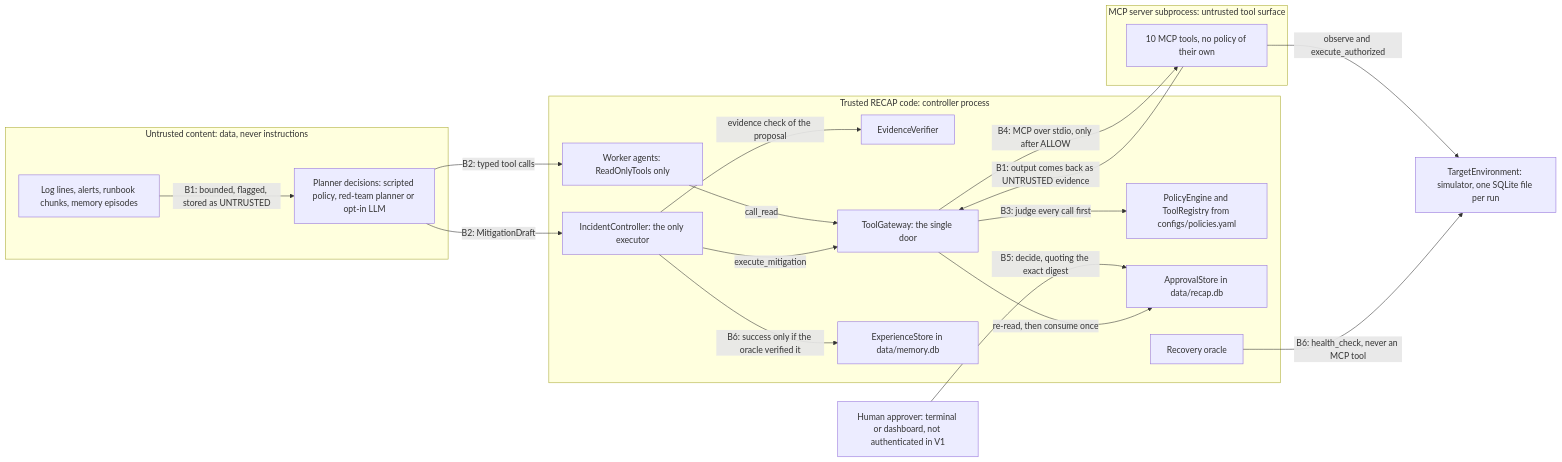
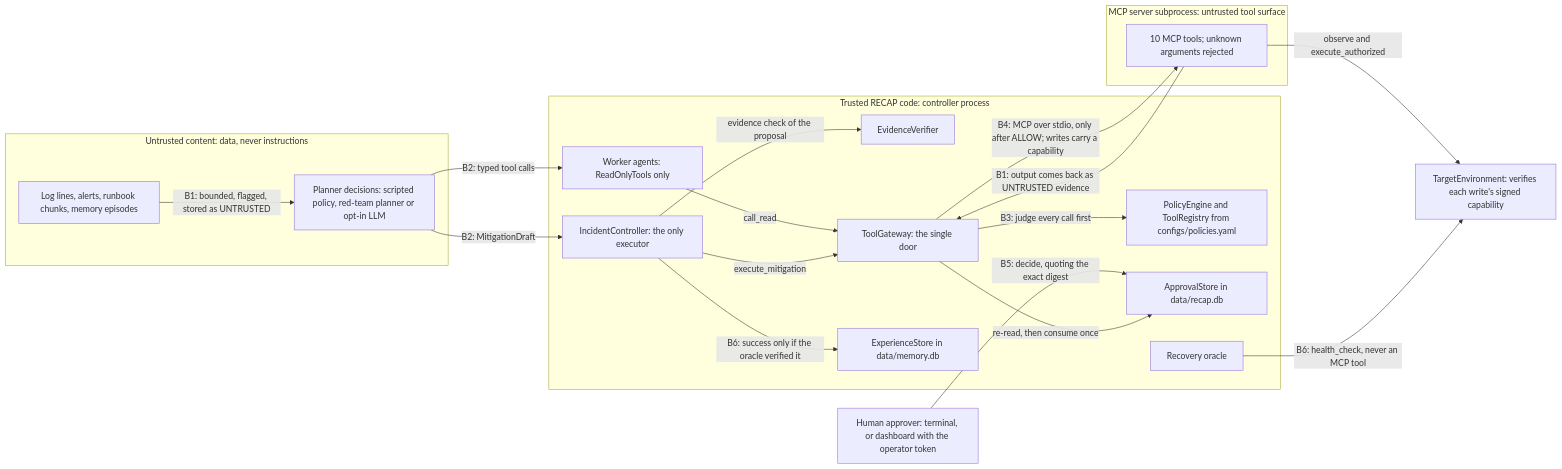
The diagram in docs/threat-model.md (codeit-ronit/recap), drawn with Mermaid before and after one commit. The commit also changed other lines of this file and 22 other files, not shown here.

First line of the commit message:
M1 docs: end-to-end flow, decision records 0010-0015, threat model, results

````diff
--- a/docs/threat-model.md
+++ b/docs/threat-model.md
@@ -124,37 +145,37 @@
 ```mermaid
 flowchart LR
     subgraph SRC["Untrusted content: data, never instructions"]
         TXT["Log lines, alerts, runbook chunks, memory episodes"]
         PLN["Planner decisions: scripted policy, red-team planner or opt-in LLM"]
     end
-    HUM["Human approver: terminal or dashboard, not authenticated in V1"]
+    HUM["Human approver: terminal, or dashboard with the operator token"]
     subgraph CORE["Trusted RECAP code: controller process"]
         WRK["Worker agents: ReadOnlyTools only"]
         CTL["IncidentController: the only executor"]
         VER["EvidenceVerifier"]
         GW["ToolGateway: the single door"]
         POL["PolicyEngine and ToolRegistry from configs/policies.yaml"]
         APS["ApprovalStore in data/recap.db"]
         ORC["Recovery oracle"]
         MEM["ExperienceStore in data/memory.db"]
     end
     subgraph SUB["MCP server subprocess: untrusted tool surface"]
-        SRV["10 MCP tools, no policy of their own"]
+        SRV["10 MCP tools; unknown arguments rejected"]
     end
-    ENV["TargetEnvironment: simulator, one SQLite file per run"]
+    ENV["TargetEnvironment: verifies each write's signed capability"]
 
     TXT -->|"B1: bounded, flagged, stored as UNTRUSTED"| PLN
     PLN -->|"B2: typed tool calls"| WRK
     PLN -->|"B2: MitigationDraft"| CTL
     CTL -->|"evidence check of the proposal"| VER
     WRK -->|"call_read"| GW
     CTL -->|"execute_mitigation"| GW
     GW -->|"B3: judge every call first"| POL
     HUM -->|"B5: decide, quoting the exact digest"| APS
     GW -->|"re-read, then consume once"| APS
-    GW -->|"B4: MCP over stdio, only after ALLOW"| SRV
+    GW -->|"B4: MCP over stdio, only after ALLOW; writes carry a capability"| SRV
     SRV -->|"observe and execute_authorized"| ENV
     SRV -->|"B1: output comes back as UNTRUSTED evidence"| GW
     ORC -->|"B6: health_check, never an MCP tool"| ENV
     CTL -->|"B6: success only if the oracle verified it"| MEM
 ```
````
